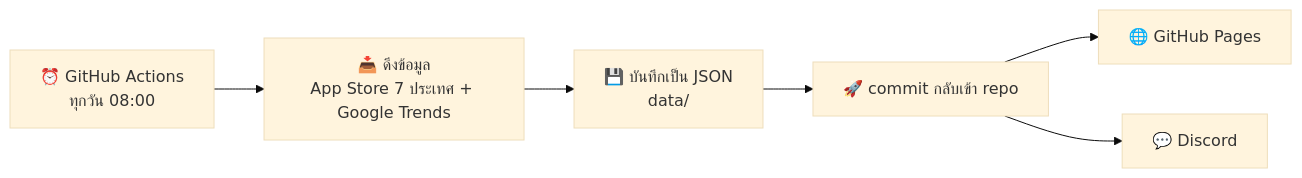
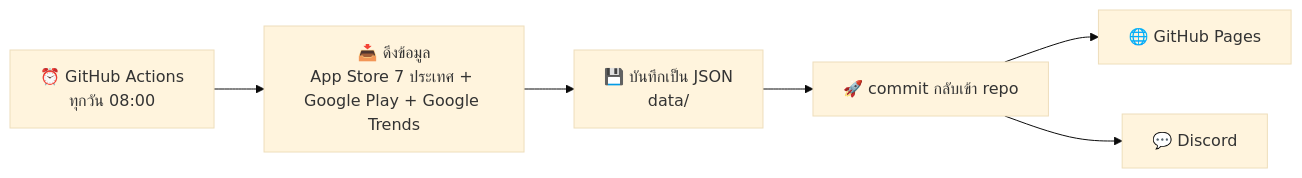
Before and after one commit to RMshowdown/trend-dashboard: the diagram in README.md, drawn with Mermaid (base theme). The commit also changed other lines of this file and 67 other files, not shown here.

Commit message:
feat: add opportunity score, Google Play charts, review mining and watchlist

````diff
--- a/README.md
+++ b/README.md
@@ -69,8 +114,8 @@
 ```mermaid
 flowchart LR
-    A[⏰ GitHub Actions<br/>ทุกวัน 08:00] --> B[📥 ดึงข้อมูล<br/>App Store 7 ประเทศ + Google Trends]
+    A[⏰ GitHub Actions<br/>ทุกวัน 08:00] --> B[📥 ดึงข้อมูล<br/>App Store 7 ประเทศ + Google Play + Google Trends]
     B --> C[💾 บันทึกเป็น JSON<br/>data/]
     C --> D[🚀 commit กลับเข้า repo]
     D --> E[🌐 GitHub Pages]
     D --> F[💬 Discord]
 ```
````
